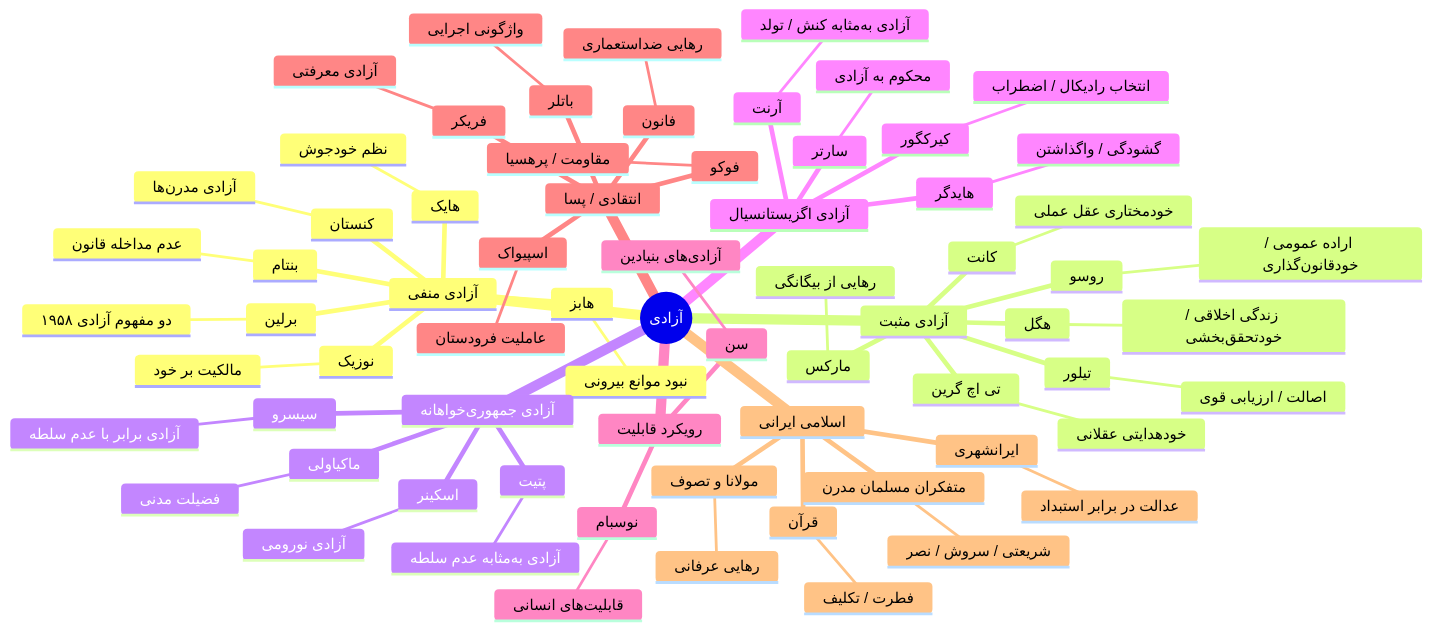
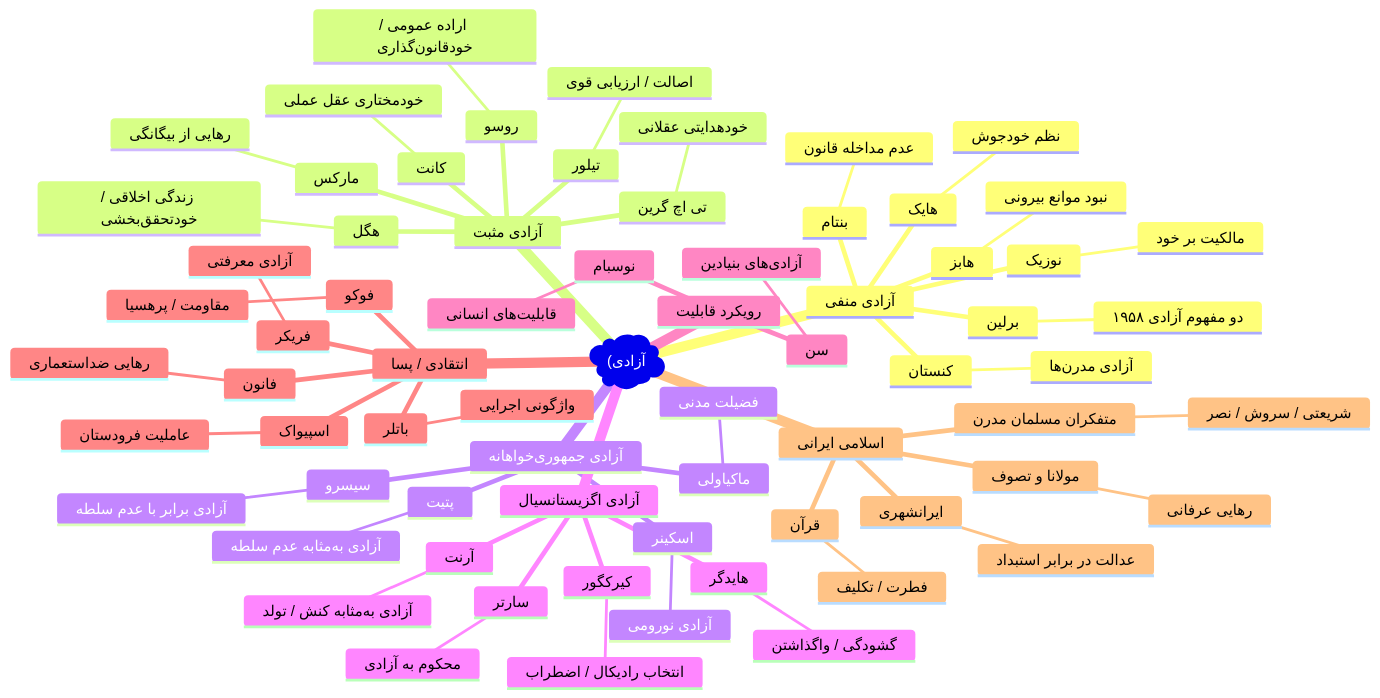
One commit to mahhdy/MahdiSalem.com changed the third of 23 diagrams in src/content/articles/fa/freedom_article_full.mdx. Above: the diagram before and after it, drawn with Mermaid. The commit also changed other lines of this file and 37 other files, not shown here.

Commit message:
Fix Mermaid diagram interactions, styling, and fullscreen zooming

````diff
--- a/src/content/articles/fa/freedom_article_full.mdx
+++ b/src/content/articles/fa/freedom_article_full.mdx
@@ -151,73 +151,73 @@
 ```mermaid
 mindmap
-  root((آزادی))
+  root("(آزادی"))
     آزادی منفی
       هابز
         نبود موانع بیرونی
       بنتام
         عدم مداخله قانون
       کنستان
         آزادی مدرن‌ها
       برلین
         دو مفهوم آزادی ۱۹۵۸
       هایک
         نظم خودجوش
       نوزیک
         مالکیت بر خود
     آزادی مثبت
       روسو
         اراده عمومی / خودقانون‌گذاری
       کانت
         خودمختاری عقل عملی
       هگل
         زندگی اخلاقی / خودتحقق‌بخشی
       تی اچ گرین
         خودهدایتی عقلانی
       تیلور
         اصالت / ارزیابی قوی
       مارکس
         رهایی از بیگانگی
     آزادی جمهوری‌خواهانه
       سیسرو
         آزادی برابر با عدم سلطه
       ماکیاولی
         فضیلت مدنی
       اسکینر
         آزادی نورومی
       پتیت
         آزادی به‌مثابه عدم سلطه
     آزادی اگزیستانسیال
       کیرکگور
         انتخاب رادیکال / اضطراب
       هایدگر
         گشودگی / واگذاشتن
       سارتر
         محکوم به آزادی
       آرنت
         آزادی به‌مثابه کنش / تولد
     رویکرد قابلیت
       سن
         آزادی‌های بنیادین
       نوسبام
         قابلیت‌های انسانی
     انتقادی / پسا
       فوکو
         مقاومت / پرهسیا
       باتلر
         واژگونی اجرایی
       فانون
         رهایی ضداستعماری
       اسپیواک
         عاملیت فرودستان
       فریکر
         آزادی معرفتی
     اسلامی ایرانی
       قرآن
         فطرت / تکلیف
       مولانا و تصوف
         رهایی عرفانی
       ایرانشهری
         عدالت در برابر استبداد
       متفکران مسلمان مدرن
         شریعتی / سروش / نصر
 ```
````
